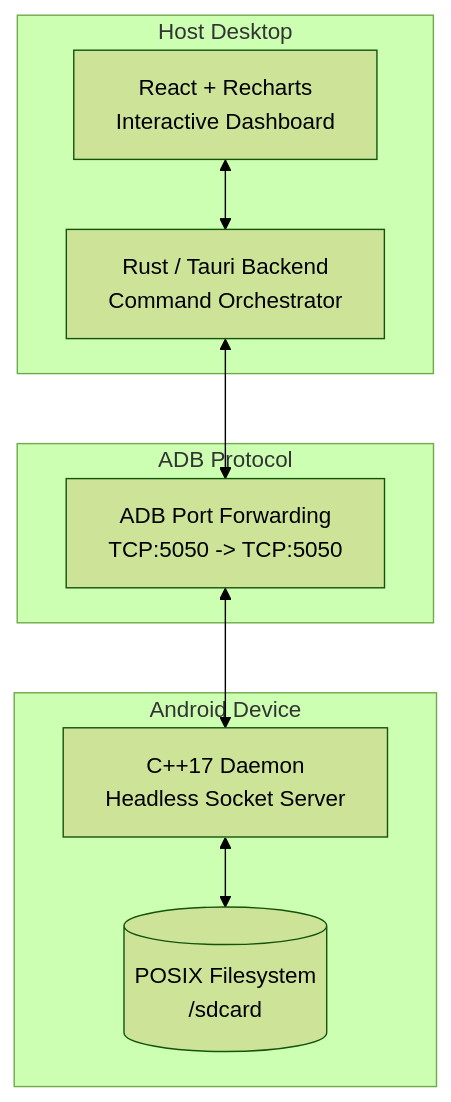
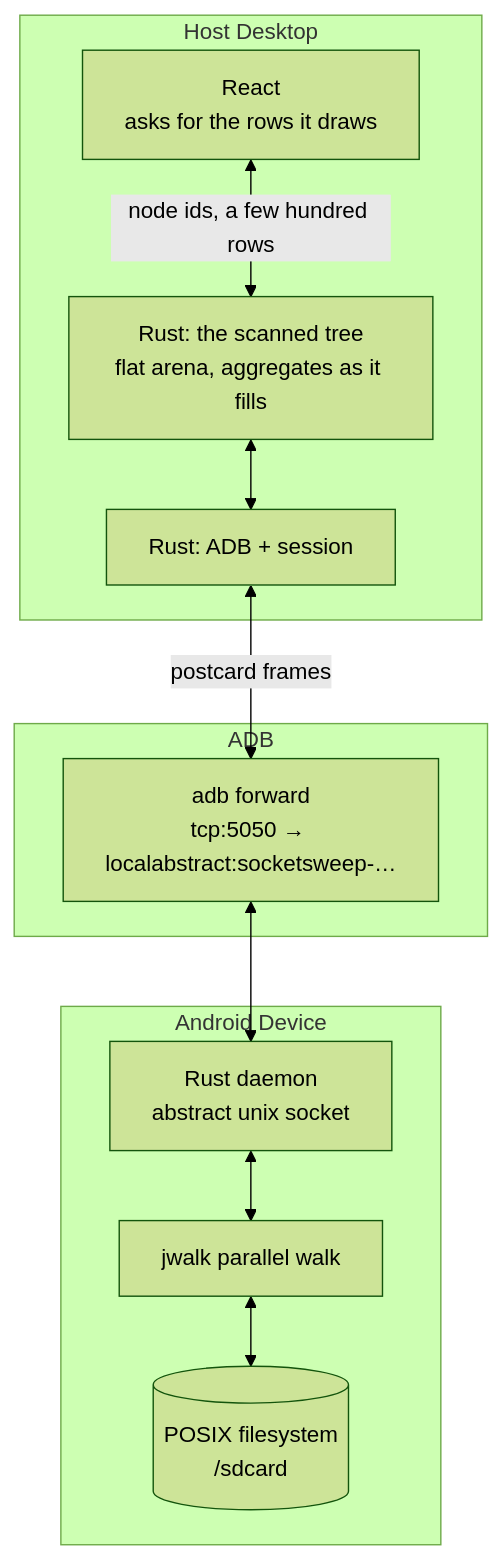
The first of 2 diagrams in README.md (ksaishanmukh/SocketSweep), drawn with Mermaid (forest theme) before and after one commit. The commit also changed other lines of this file and 4 other files, not shown here.

First line of the commit message:
build: ship the Rust daemon and retire engine/

````diff
--- a/README.md
+++ b/README.md
@@ -117,23 +117,27 @@
 ```mermaid
 flowchart TB
     subgraph Host["Host Desktop"]
-        UI["React + Recharts<br>Interactive Dashboard"]
-        Bridge["Rust / Tauri Backend<br>Command Orchestrator"]
-        
-        UI <--> Bridge
+        UI["React<br>asks for the rows it draws"]
+        Arena["Rust: the scanned tree<br>flat arena, aggregates as it fills"]
+        Bridge["Rust: ADB + session"]
+
+        UI <-->|"node ids, a few hundred rows"| Arena
+        Arena <--> Bridge
     end
 
-    subgraph Transport["ADB Protocol"]
-        Tunnel["ADB Port Forwarding<br>TCP:5050 -> TCP:5050"]
+    subgraph Transport["ADB"]
+        Tunnel["adb forward<br>tcp:5050 → localabstract:socketsweep-…"]
     end
 
     subgraph Device["Android Device"]
-        Daemon["C++17 Daemon<br>Headless Socket Server"]
-        Storage[("POSIX Filesystem<br>/sdcard")]
-        
-        Daemon <--> Storage
+        Daemon["Rust daemon<br>abstract unix socket"]
+        Scan["jwalk parallel walk"]
+        Storage[("POSIX filesystem<br>/sdcard")]
+
+        Daemon <--> Scan
+        Scan <--> Storage
     end
 
-    Bridge <--> Tunnel
+    Bridge <-->|"postcard frames"| Tunnel
     Tunnel <--> Daemon
 ```
````
